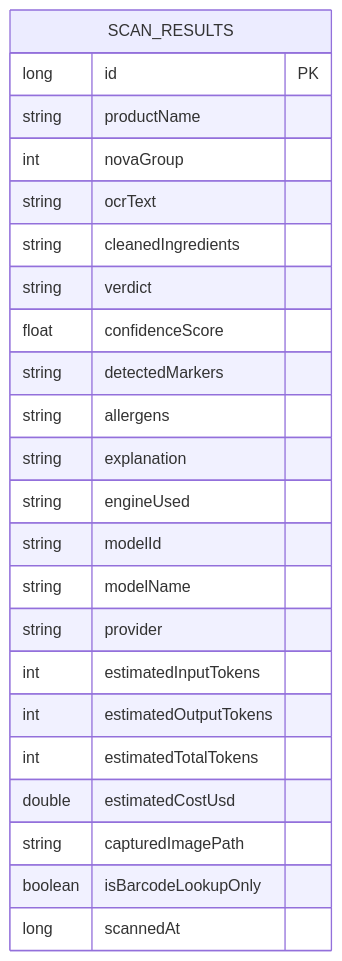
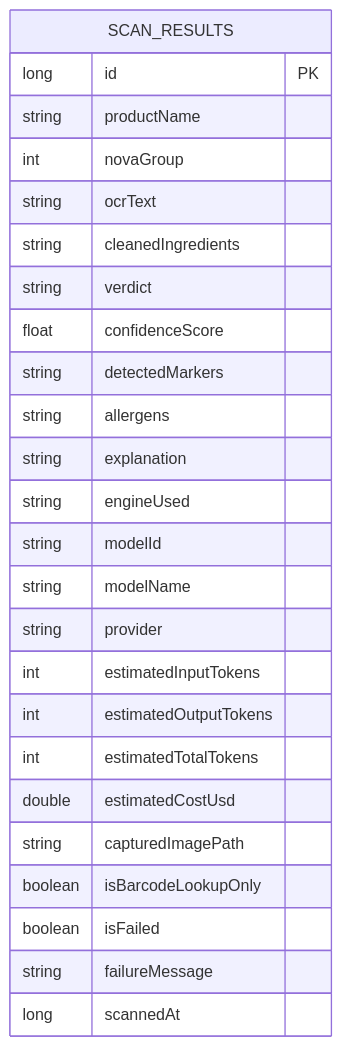
One commit to benevolentbandwidth/ultraprocessed changed the first of 2 diagrams in documentation/06-storage-security.md. Above: the diagram before and after it, drawn with Mermaid. The commit also changed other lines of this file and 19 other files, not shown here.

````diff
--- a/documentation/06-storage-security.md
+++ b/documentation/06-storage-security.md
@@ -69,26 +70,28 @@
 ```mermaid
 erDiagram
     SCAN_RESULTS {
         long id PK
         string productName
         int novaGroup
         string ocrText
         string cleanedIngredients
         string verdict
         float confidenceScore
         string detectedMarkers
         string allergens
         string explanation
         string engineUsed
         string modelId
         string modelName
         string provider
         int estimatedInputTokens
         int estimatedOutputTokens
         int estimatedTotalTokens
         double estimatedCostUsd
         string capturedImagePath
         boolean isBarcodeLookupOnly
+        boolean isFailed
+        string failureMessage
         long scannedAt
     }
 ```
````
